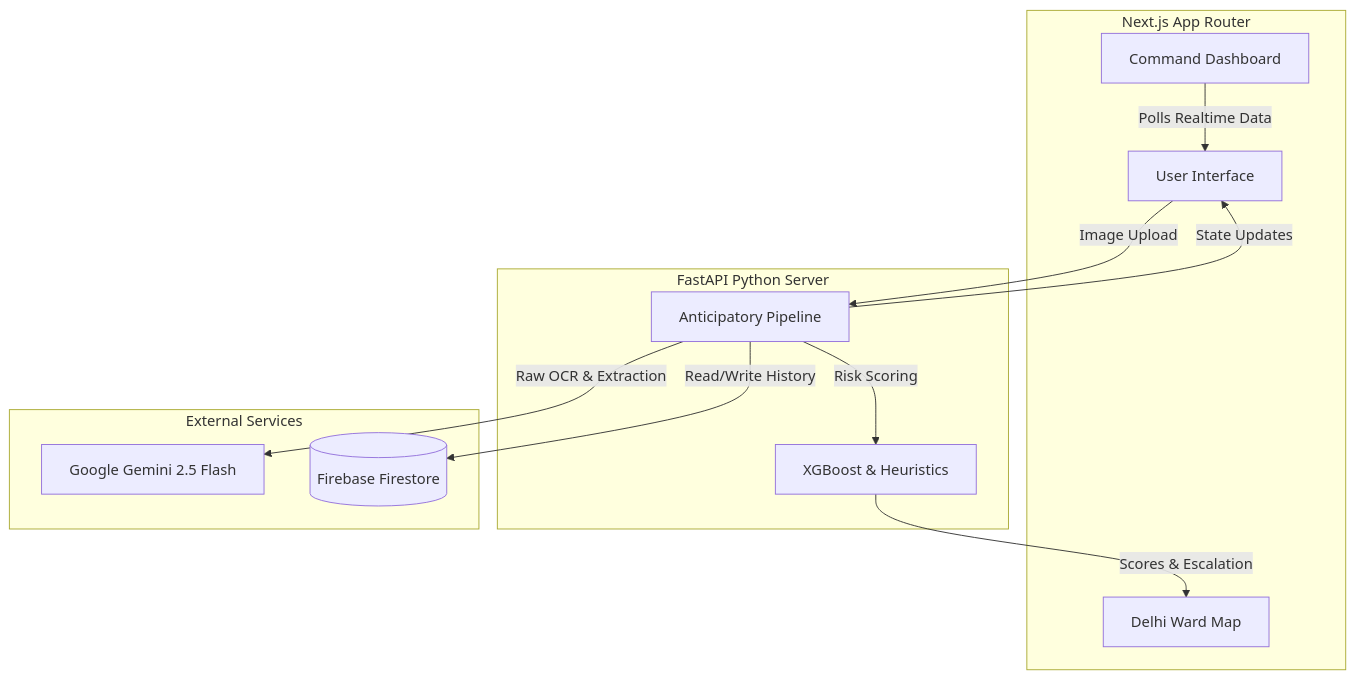
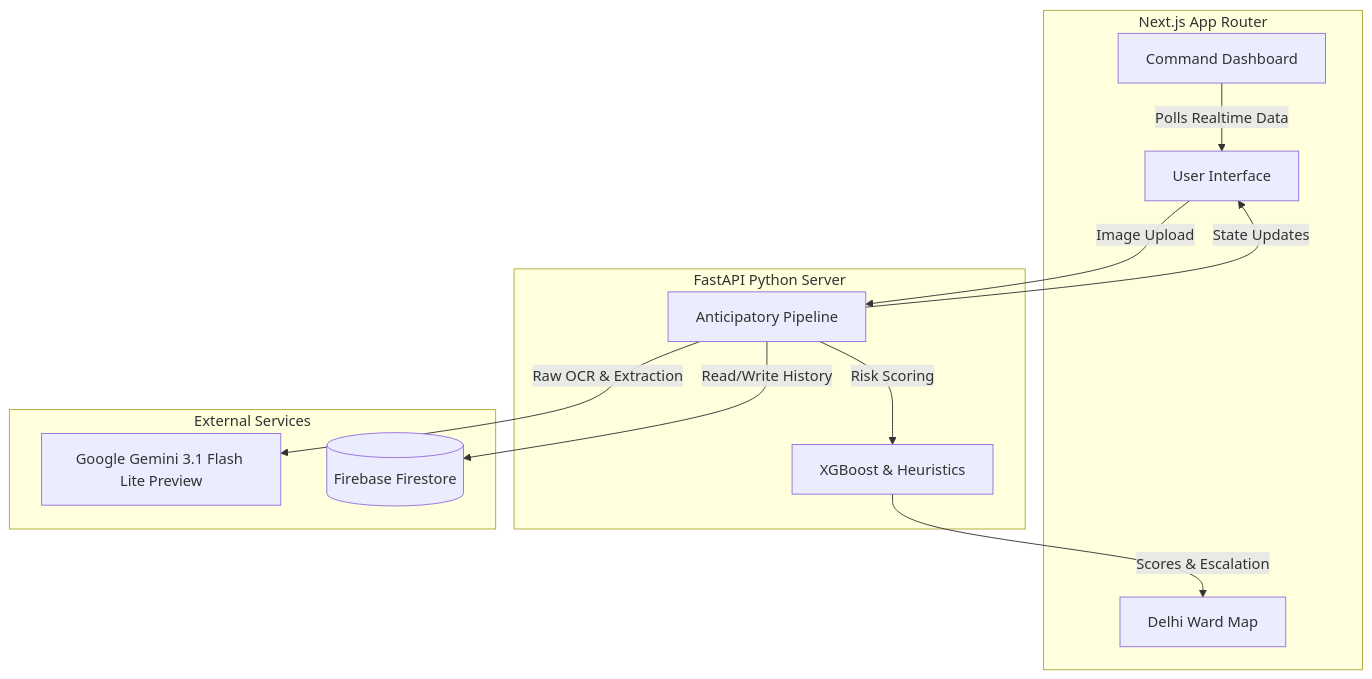
One commit to Sparsh712/ReliefOS changed the first of 2 diagrams in README.md. Above: the diagram before and after it, drawn with Mermaid. The commit also changed other lines of this file and 6 other files, not shown here.

````diff
--- a/README.md
+++ b/README.md
@@ -27,26 +27,26 @@
 ```mermaid
 graph TD
     subgraph Frontend [Next.js App Router]
         UI[User Interface]
         Dash[Command Dashboard]
         Map[Delhi Ward Map]
     end
 
     subgraph Backend [FastAPI Python Server]
         Pipeline[Anticipatory Pipeline]
         RiskModel[XGBoost & Heuristics]
     end
 
     subgraph External Services
-        Gemini[Google Gemini 2.5 Flash]
+        Gemini[Google Gemini 3.1 Flash Lite Preview]
         Firebase[(Firebase Firestore)]
     end
 
     UI -- "Image Upload" --> Pipeline
     Pipeline -- "Raw OCR & Extraction" --> Gemini
     Pipeline -- "Risk Scoring" --> RiskModel
     Pipeline -- "Read/Write History" --> Firebase
     Pipeline -- "State Updates" --> UI
     Dash -- "Polls Realtime Data" --> UI
     RiskModel -- "Scores & Escalation" --> Map
 ```
````
